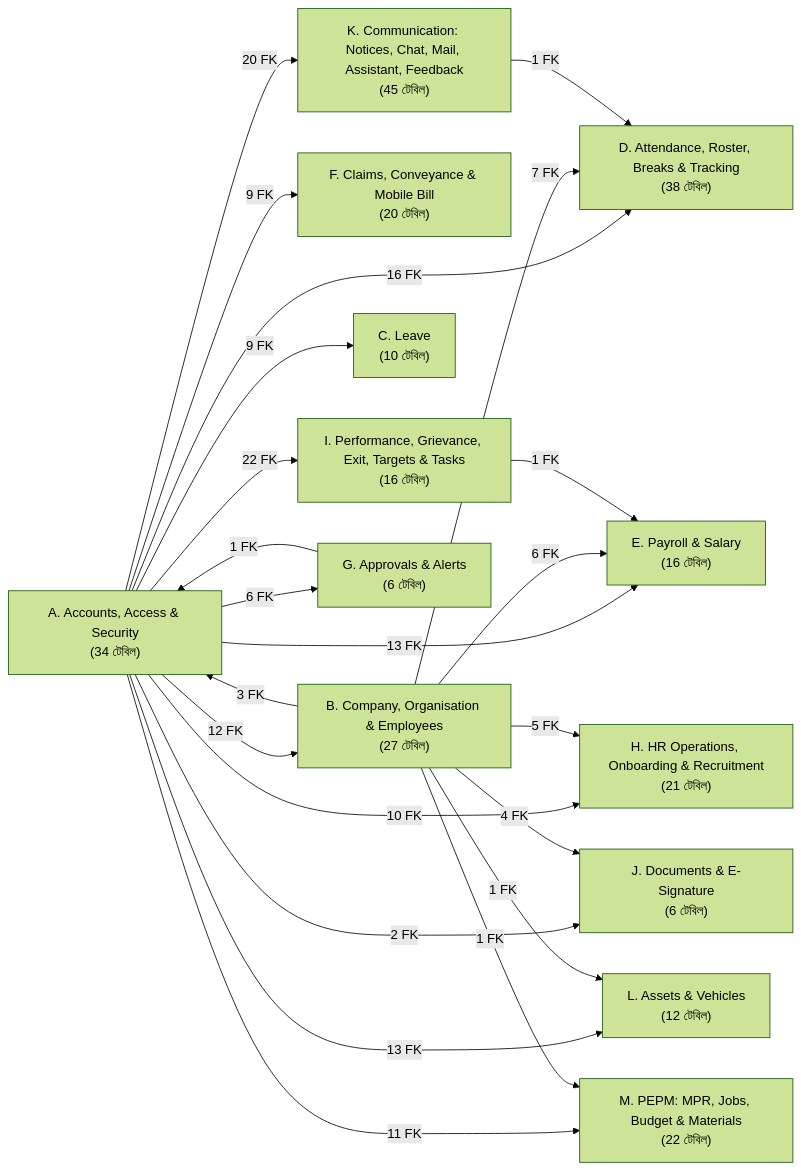
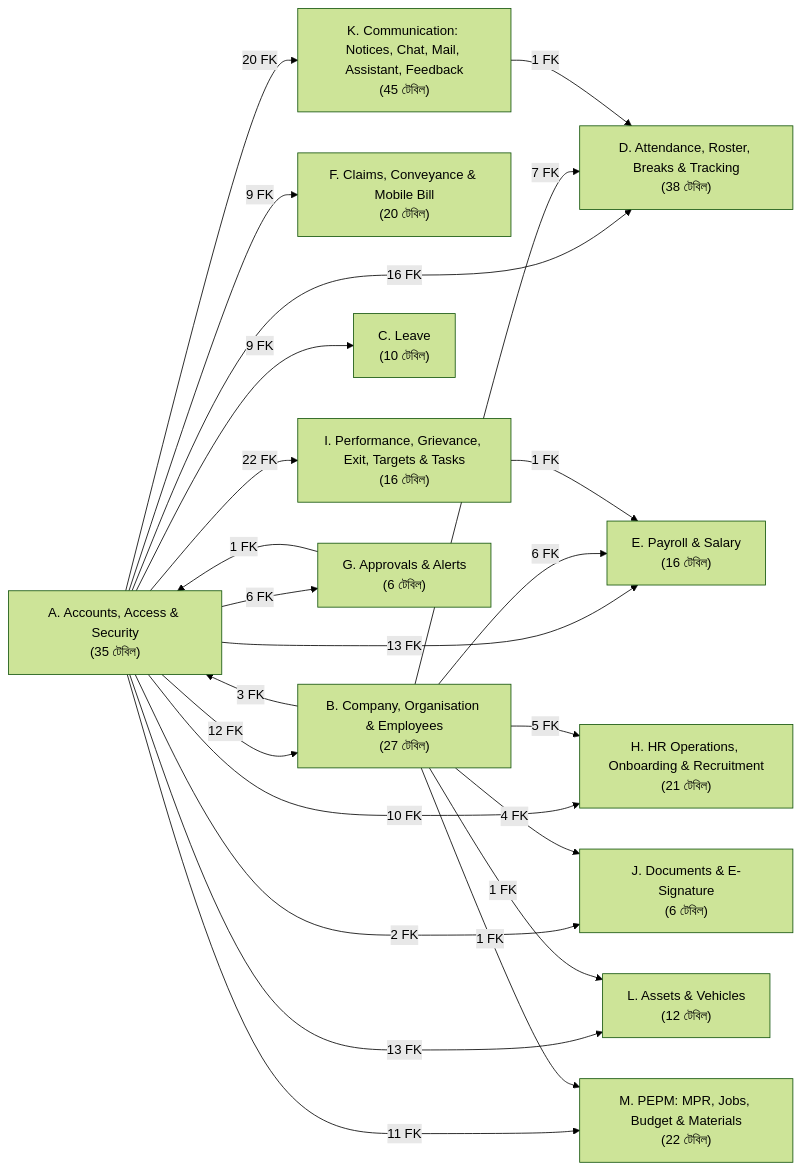
Before and after one commit to ruhulamencredence/CredenceHR: the diagram in docs/architecture/database/diagrams/00-module-map.mmd, drawn with Mermaid (forest theme). The commit also changed 38 other files, not shown here.

Commit message:
docs: auto-sync architecture docs with dcab785

```diff
--- a/docs/architecture/database/diagrams/00-module-map.mmd
+++ b/docs/architecture/database/diagrams/00-module-map.mmd
@@ -1,36 +1,36 @@
 flowchart LR
   K["K. Communication: Notices, Chat, Mail, Assistant, Feedback<br/>(45 টেবিল)"]
   H["H. HR Operations, Onboarding & Recruitment<br/>(21 টেবিল)"]
   D["D. Attendance, Roster, Breaks & Tracking<br/>(38 টেবিল)"]
-  A["A. Accounts, Access & Security<br/>(34 টেবিল)"]
+  A["A. Accounts, Access & Security<br/>(35 টেবিল)"]
   M["M. PEPM: MPR, Jobs, Budget & Materials<br/>(22 টেবিল)"]
   F["F. Claims, Conveyance & Mobile Bill<br/>(20 টেবিল)"]
   B["B. Company, Organisation & Employees<br/>(27 টেবিল)"]
   C["C. Leave<br/>(10 টেবিল)"]
   L["L. Assets & Vehicles<br/>(12 টেবিল)"]
   J["J. Documents & E-Signature<br/>(6 টেবিল)"]
   E["E. Payroll & Salary<br/>(16 টেবিল)"]
   I["I. Performance, Grievance, Exit, Targets & Tasks<br/>(16 টেবিল)"]
   G["G. Approvals & Alerts<br/>(6 টেবিল)"]
   A -->|12 FK| B
   A -->|9 FK| C
   A -->|16 FK| D
   A -->|13 FK| E
   A -->|9 FK| F
   A -->|6 FK| G
   A -->|10 FK| H
   A -->|22 FK| I
   A -->|2 FK| J
   A -->|20 FK| K
   A -->|13 FK| L
   A -->|11 FK| M
   B -->|3 FK| A
   B -->|7 FK| D
   B -->|6 FK| E
   B -->|5 FK| H
   B -->|4 FK| J
   B -->|1 FK| L
   B -->|1 FK| M
   G -->|1 FK| A
   I -->|1 FK| E
   K -->|1 FK| D
```
